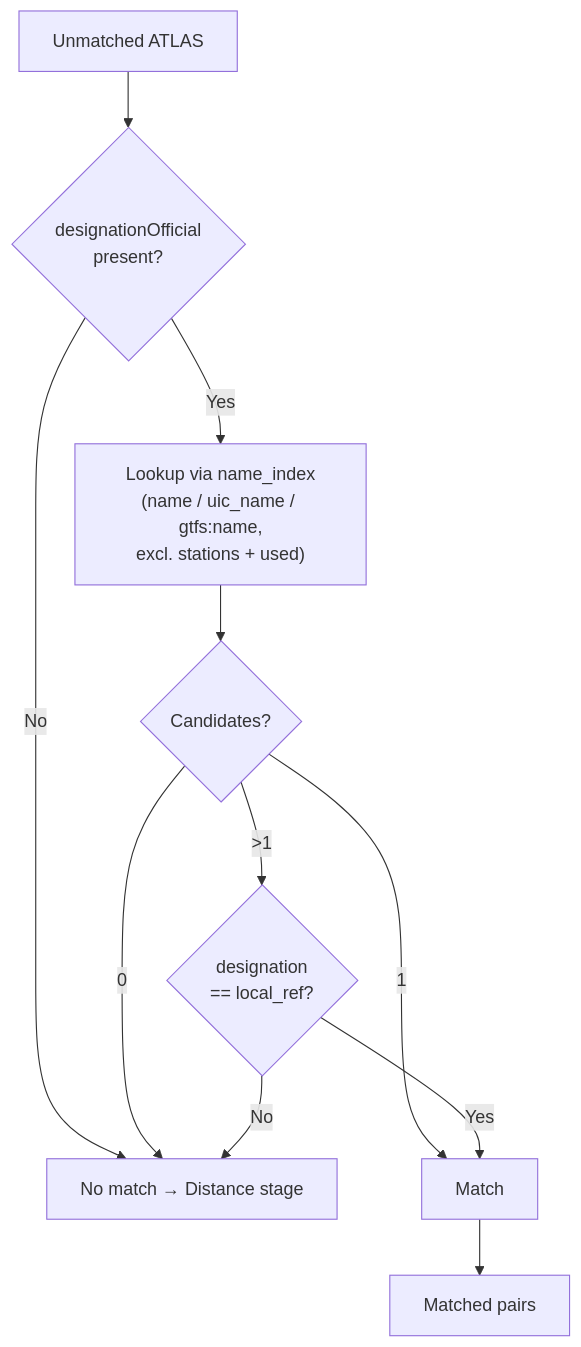
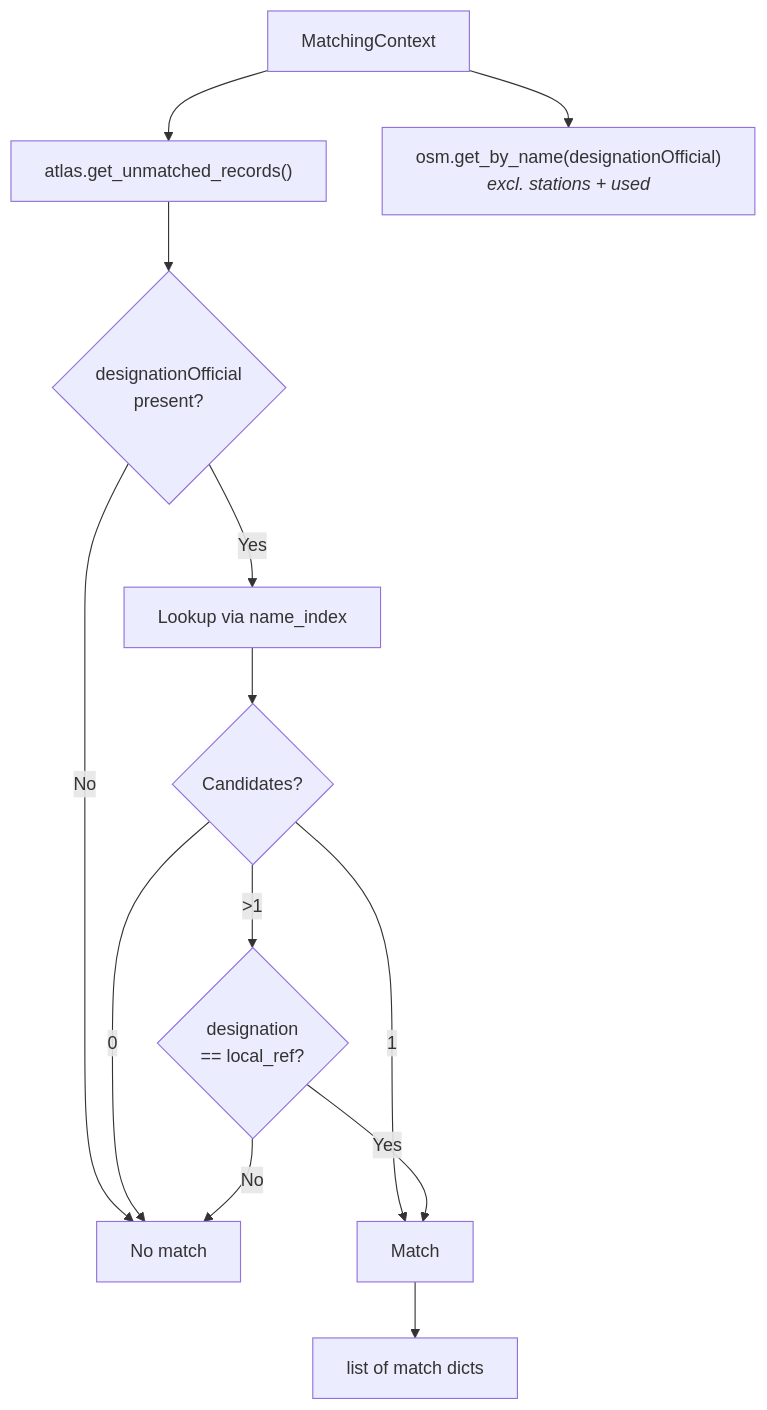
Before and after one commit to openTdataCH/stop_sync_osm_atlas: the diagram in documentation/2.2 Name matching.md, drawn with Mermaid. The commit also changed other lines of this file and 61 other files, not shown here.

````diff
--- a/documentation/2.2 Name matching.md
+++ b/documentation/2.2 Name matching.md
@@ -5,13 +5,15 @@
 ```mermaid
 flowchart TB
-    IN["Unmatched ATLAS"] --> Z{"designationOfficial<br/>present?"}
-    Z -->|No| X["No match → Distance stage"]
-    Z -->|Yes| K["Lookup via name_index<br/>(name / uic_name / gtfs:name,<br/>excl. stations + used)"]
+    CTX["MatchingContext"] --> UA["atlas.get_unmatched_records()"]
+    CTX --> OSM["osm.get_by_name(designationOfficial)<br/><i>excl. stations + used</i>"]
+    UA --> Z{"designationOfficial<br/>present?"}
+    Z -->|No| X["No match"]
+    Z -->|Yes| K["Lookup via name_index"]
     K --> S{"Candidates?"}
     S -->|0| X
     S -->|1| M["Match"]
     S -->|">1"| D{"designation<br/>== local_ref?"}
     D -->|Yes| M
     D -->|No| X
-    M --> OUT["Matched pairs"]
+    M --> OUT["list of match dicts"]
 ```
````
